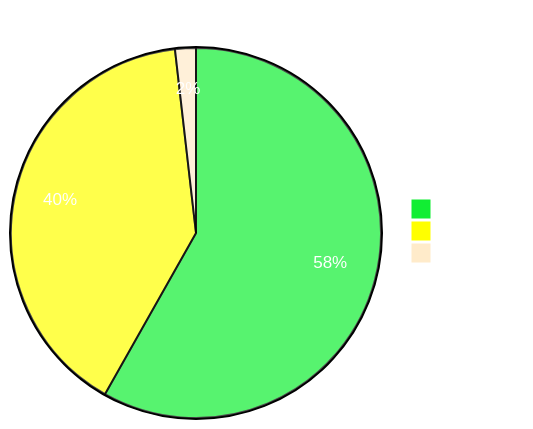
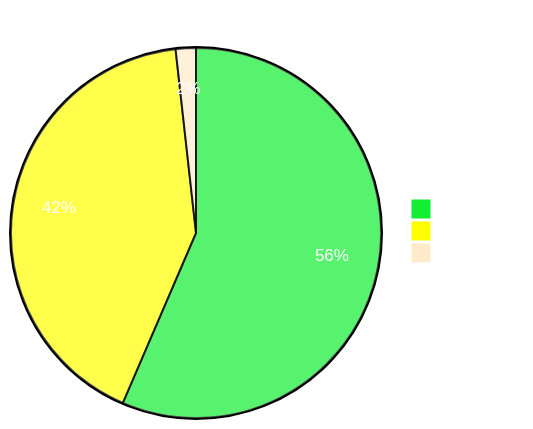
Before and after one commit to sumanthtatipamula/Programming: the diagram in Readme.md, drawn with Mermaid. The commit also changed 6 other files, not shown here.

````diff
--- a/Readme.md
+++ b/Readme.md
@@ -23,20 +23,20 @@
 ```mermaid
 %%{
   init:
   {
     'theme': 'base',
     'themeVariables':
       {
         'primaryTextColor': '#fff',
         'pie1': '#1E3',
         'pie2': '#FFFF00',
         'pie3': '#ffebca'
       }
   }
 }%%
 pie showData
     title Problems Solved Per Tag
     "Tree" : 96
-    "Graphs": 66
+    "Graphs": 71
     "Arrays": 3
 ```
````
